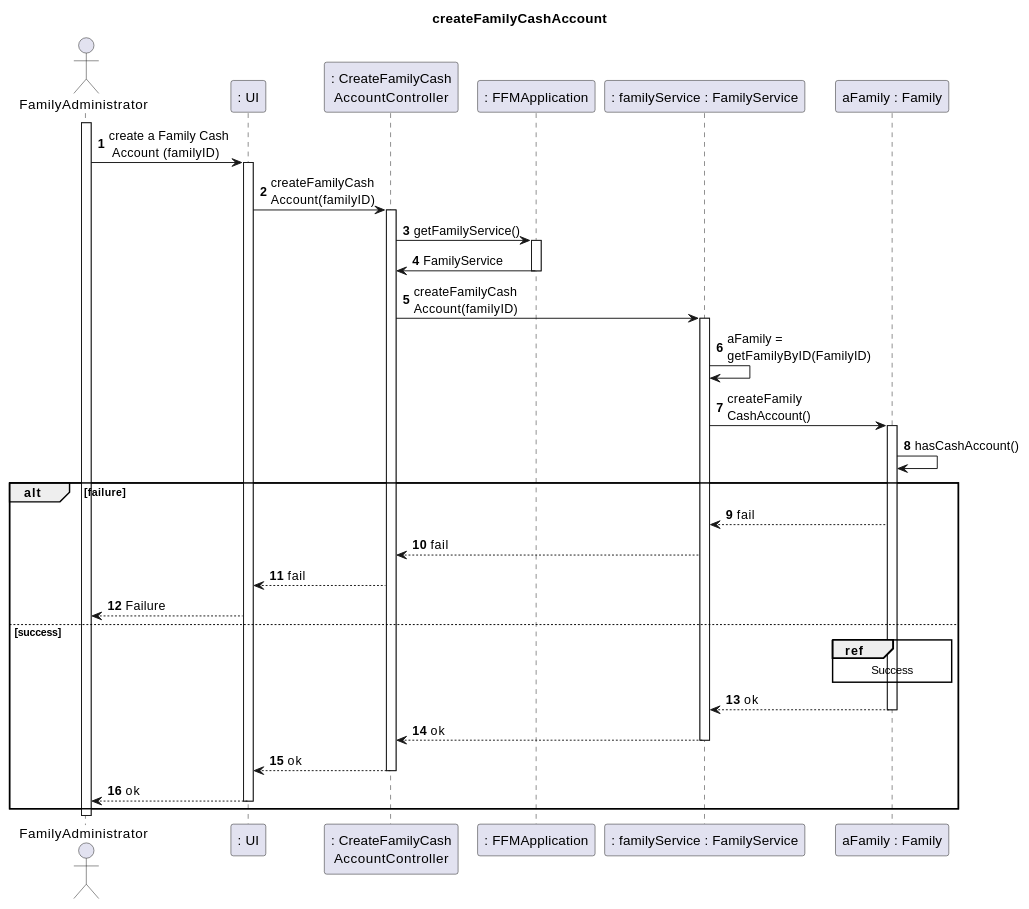
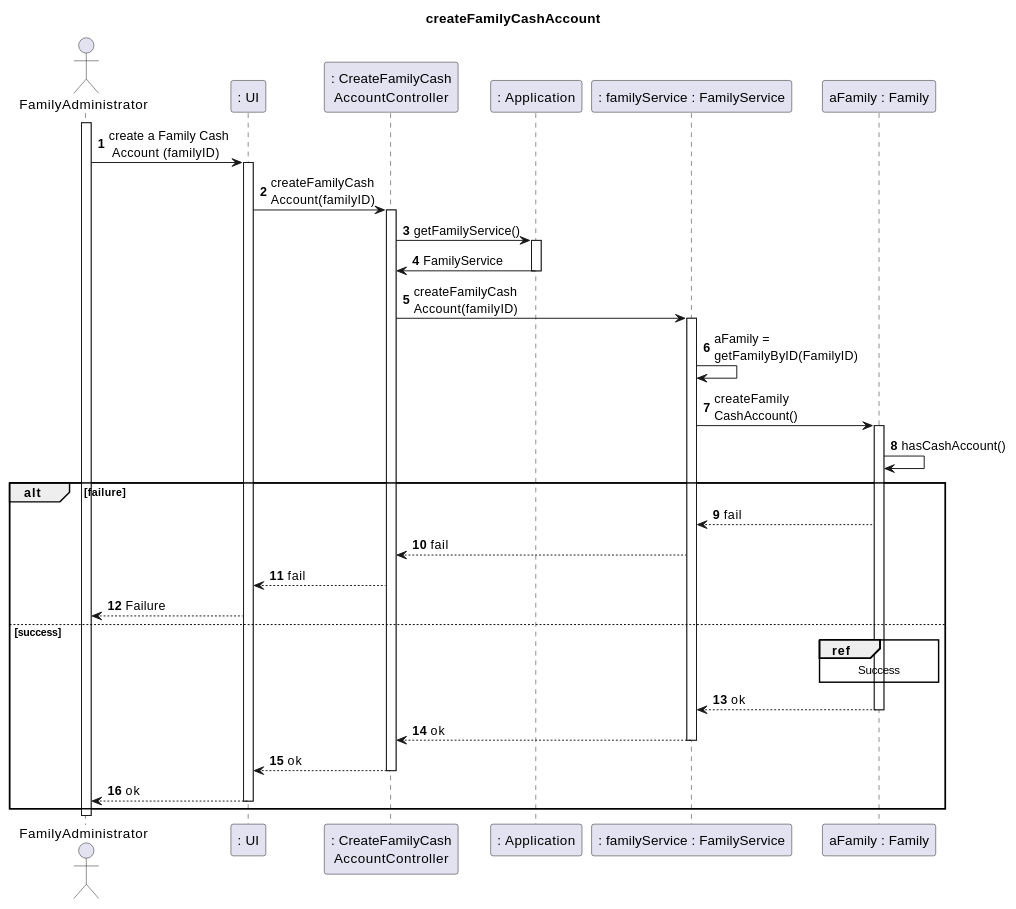
One commit to tomas-osswald/switch_2020_g3 changed the third of 5 diagrams in docs/US120_CreateFamilyCashAccount.md. Above: the diagram before and after it, drawn with PlantUML. The commit also changed other lines of this file, not shown here.

````diff
--- a/docs/US120_CreateFamilyCashAccount.md
+++ b/docs/US120_CreateFamilyCashAccount.md
@@ -60,51 +93,51 @@
 ```puml
 autonumber 1
 title createFamilyCashAccount
 actor "FamilyAdministrator" as familyAdmin
 participant ": UI" as UI
 participant ": CreateFamilyCash\nAccountController" as controller
-participant ": FFMApplication" as app
+participant ": Application" as app
 participant ": familyService : FamilyService" as famSer
 participant "aFamily : Family" as family
 
 activate familyAdmin
 familyAdmin -> UI: create a Family Cash \n Account (familyID)
 activate UI
 UI -> controller: createFamilyCash\nAccount(familyID)
 activate controller
 controller -> app: getFamilyService()
 activate app
 app -> controller: FamilyService
 deactivate app
 controller -> famSer: createFamilyCash\nAccount(familyID)
 activate famSer
 famSer -> famSer: aFamily = \ngetFamilyByID(FamilyID)
 
 famSer -> family: createFamily\nCashAccount()
 activate family
 family -> family: hasCashAccount()
 
 alt failure
 
 family --> famSer: fail
 famSer --> controller: fail
 controller --> UI: fail
 UI --> familyAdmin: Failure
 
 else success
 ref over family
 Success
 end ref
 
 family --> famSer: ok
 deactivate family
 famSer --> controller: ok
 deactivate famSer
 controller --> UI: ok
 deactivate controller
 UI --> familyAdmin: ok
 deactivate UI
 
 end
 deactivate familyAdmin
 ```
````
